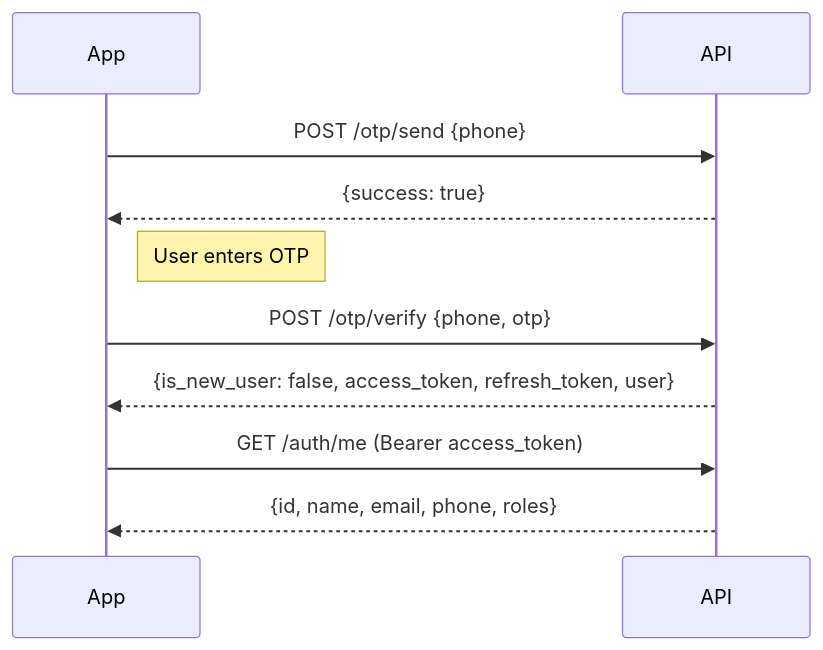
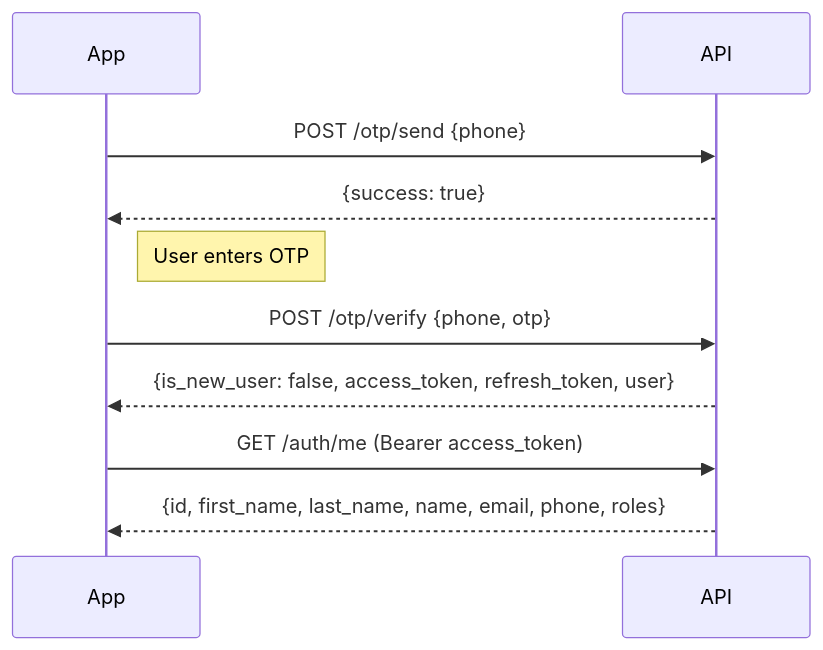
The first of 4 diagrams in packages/headless-auth/docs/integration-guide.md (AmitGurbani/wordpress-plugins), drawn with Mermaid before and after one commit. The commit also changed other lines of this file and 13 other files, not shown here.

````diff
--- a/packages/headless-auth/docs/integration-guide.md
+++ b/packages/headless-auth/docs/integration-guide.md
@@ -47,16 +47,16 @@
 ```mermaid
 sequenceDiagram
     participant App
     participant API
 
     App->>API: POST /otp/send {phone}
     API-->>App: {success: true}
 
     Note right of App: User enters OTP
 
     App->>API: POST /otp/verify {phone, otp}
     API-->>App: {is_new_user: false, access_token, refresh_token, user}
 
     App->>API: GET /auth/me (Bearer access_token)
-    API-->>App: {id, name, email, phone, roles}
+    API-->>App: {id, first_name, last_name, name, email, phone, roles}
 ```
````
